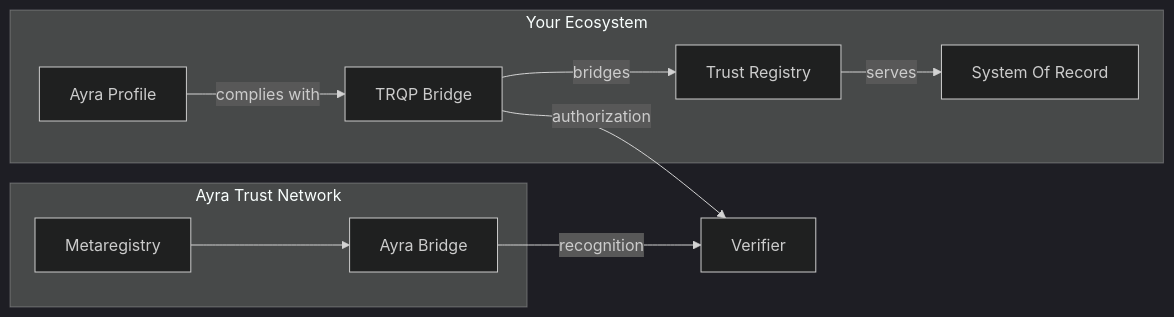
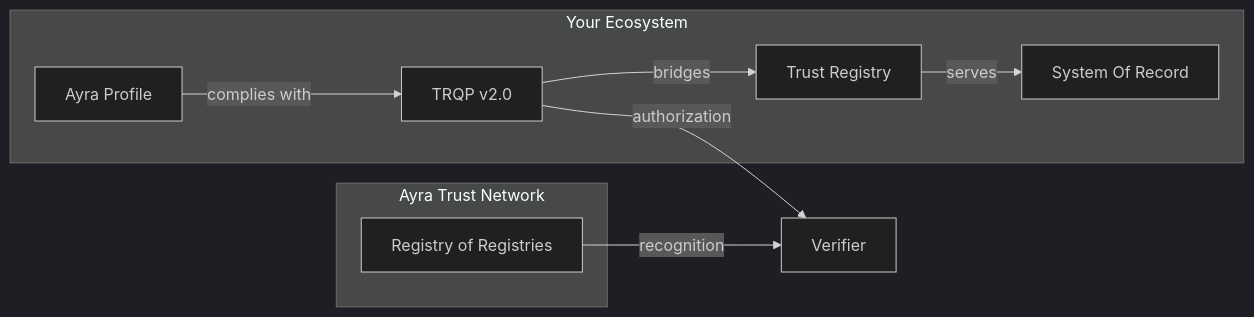
Before and after one commit to ayraforum/ayra-trust-registry-resources: the first of 3 diagrams in guides/implementers_guide.md, drawn with Mermaid (dark theme).

Commit message:
diag update

````diff
--- a/guides/implementers_guide.md
+++ b/guides/implementers_guide.md
@@ -52,19 +52,17 @@
 ```mermaid
 graph LR
   subgraph Ayra Trust Network
-    Metaregistry
-    AyraBridge[Ayra Bridge]
+    ATN_Registry[Registry of Registries] 
   end
   subgraph Your Ecosystem
     Profile[Ayra Profile]
-    Bridge[TRQP Bridge]
+    Bridge[TRQP v2.0]
     TR[Trust Registry]
     SoR[System Of Record]
   end
   Profile -->|complies with| Bridge
   Bridge -->|bridges| TR
   TR -->|serves| SoR
-  Bridge -->|authorization| V[Verifier]
-  Metaregistry --> AyraBridge
-  AyraBridge -->|recognition| V
+  Bridge -->|authorization| Verifier
+  ATN_Registry -->|recognition| Verifier
 ```
````
